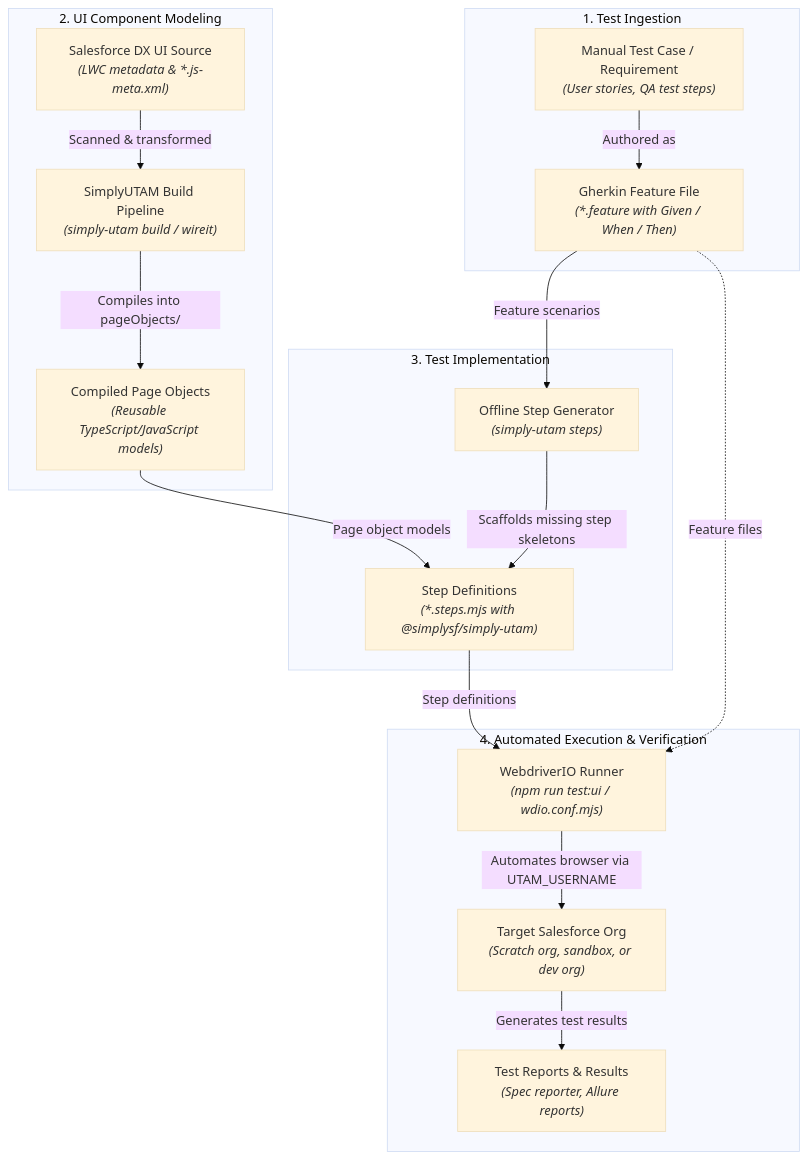
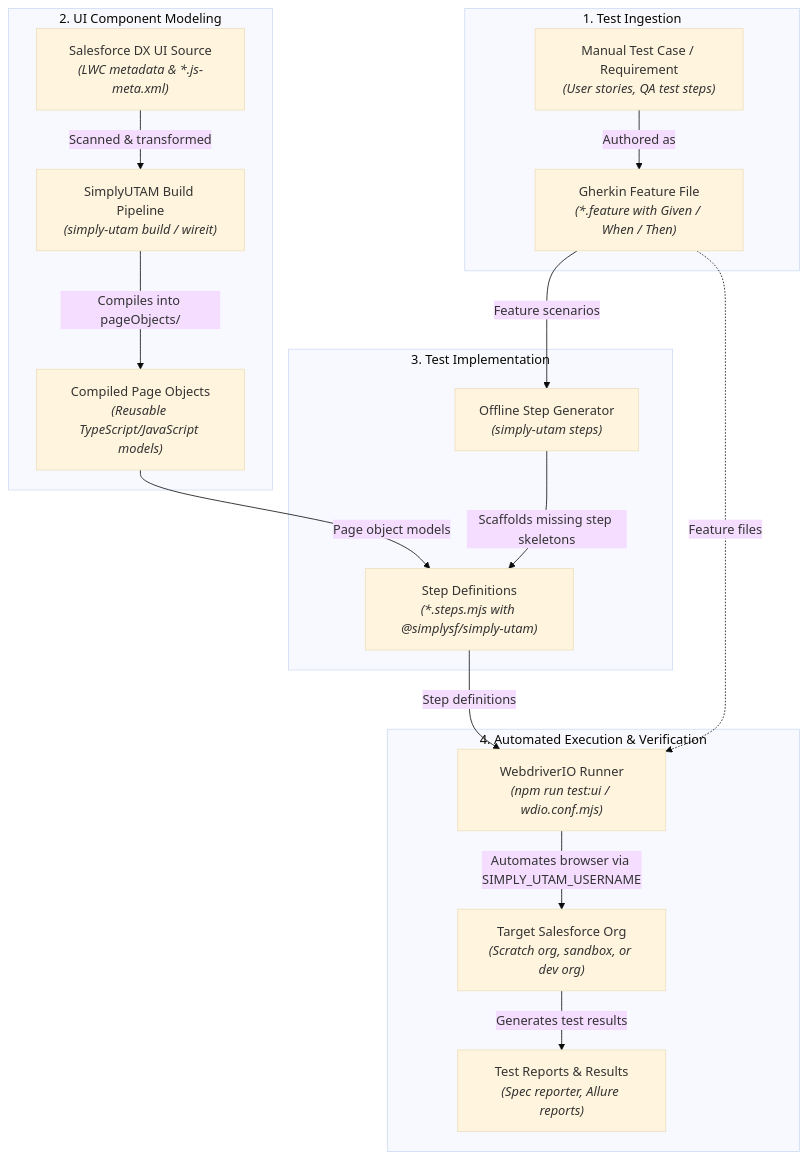
The second of 3 diagrams in docs/design/solution-design.md (SimplySF/simply-utam), drawn with Mermaid (base theme) before and after one commit. The commit also changed other lines of this file and 25 other files, not shown here.

First line of the commit message:
feat(simply-utam-core): prefix environment variables with SIMPLY_ (#37)

````diff
--- a/docs/design/solution-design.md
+++ b/docs/design/solution-design.md
@@ -43,35 +43,35 @@
 ```mermaid
 flowchart TD
     subgraph Ingestion ["1. Test Ingestion"]
         A1["Manual Test Case / Requirement<br/><i>(User stories, QA test steps)</i>"]
         A2["Gherkin Feature File<br/><i>(*.feature with Given / When / Then)</i>"]
         A1 -->|Authored as| A2
     end
 
     subgraph Modeling ["2. UI Component Modeling"]
         B1["Salesforce DX UI Source<br/><i>(LWC metadata &amp; *.js-meta.xml)</i>"]
         B2["SimplyUTAM Build Pipeline<br/><i>(simply-utam build / wireit)</i>"]
         B3["Compiled Page Objects<br/><i>(Reusable TypeScript/JavaScript models)</i>"]
         B1 -->|Scanned &amp; transformed| B2
         B2 -->|Compiles into pageObjects/| B3
     end
 
     subgraph Implementation ["3. Test Implementation"]
         C1["Offline Step Generator<br/><i>(simply-utam steps)</i>"]
         C2["Step Definitions<br/><i>(*.steps.mjs with @simplysf/simply-utam)</i>"]
         C1 -->|Scaffolds missing step skeletons| C2
     end
 
     subgraph Execution ["4. Automated Execution &amp; Verification"]
         D1["WebdriverIO Runner<br/><i>(npm run test:ui / wdio.conf.mjs)</i>"]
         D2["Target Salesforce Org<br/><i>(Scratch org, sandbox, or dev org)</i>"]
         D3["Test Reports &amp; Results<br/><i>(Spec reporter, Allure reports)</i>"]
-        D1 -->|Automates browser via UTAM_USERNAME| D2
+        D1 -->|Automates browser via SIMPLY_UTAM_USERNAME| D2
         D2 -->|Generates test results| D3
     end
 
     A2 -->|Feature scenarios| C1
     B3 -->|Page object models| C2
     C2 -->|Step definitions| D1
     A2 -.->|Feature files| D1
 ```
````
